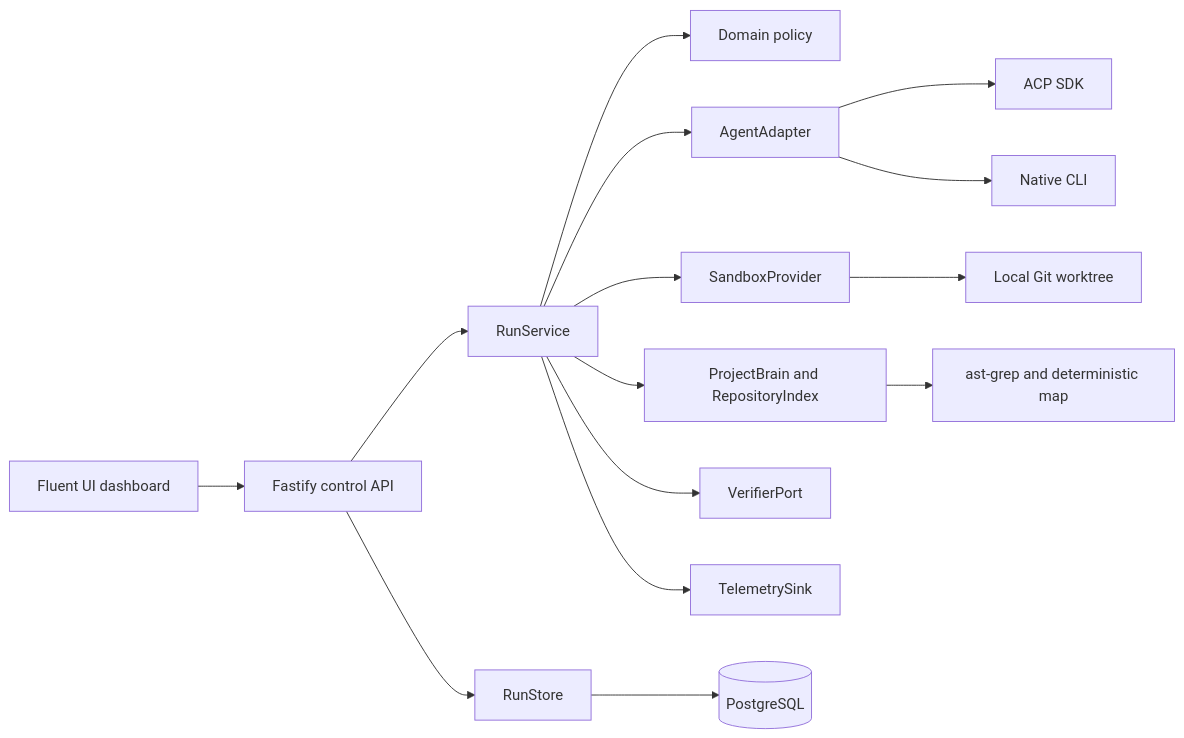
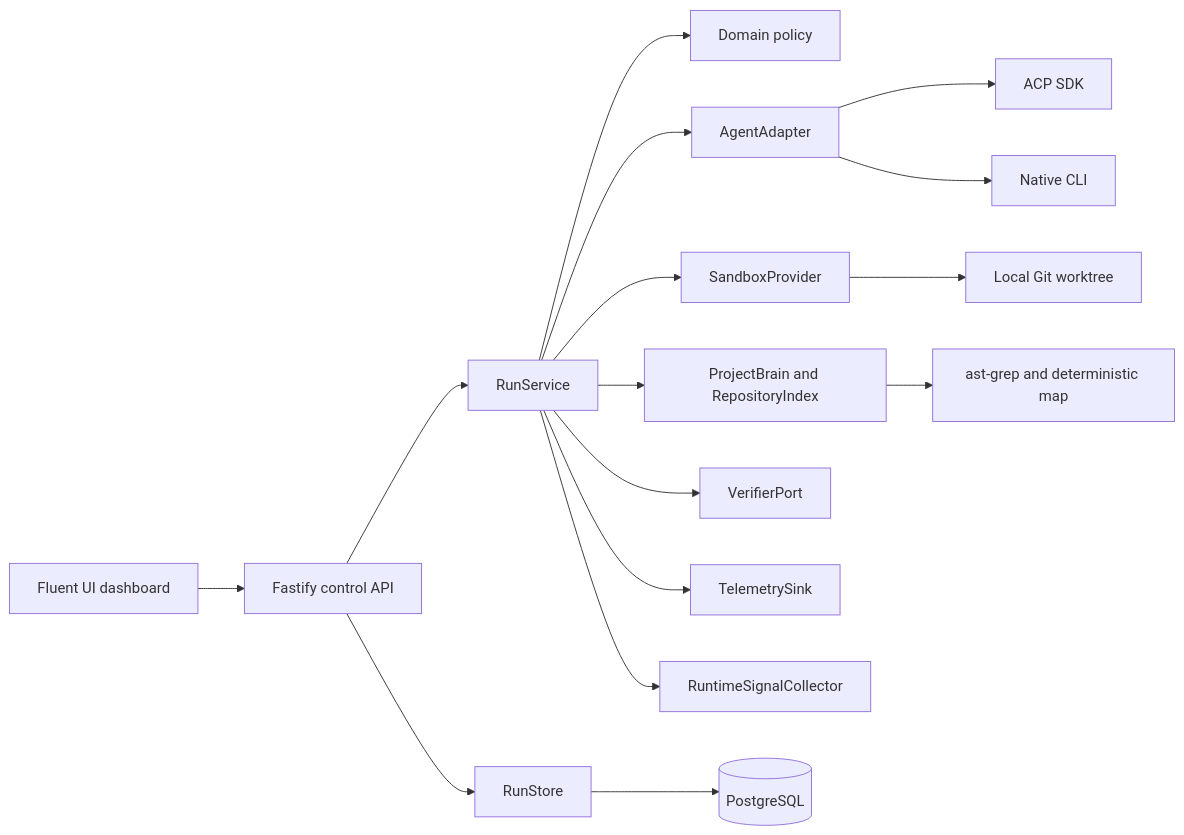
One commit to Duckz289/MAF changed the diagram in ARCHITECTURE.md. Above: the diagram before and after it, drawn with Mermaid. The commit also changed other lines of this file and 8 other files, not shown here.

````diff
--- a/ARCHITECTURE.md
+++ b/ARCHITECTURE.md
@@ -6,17 +6,18 @@
 ```mermaid
 flowchart LR
   API[Fastify control API] --> RUN[RunService]
   UI[Fluent UI dashboard] --> API
   RUN --> CORE[Domain policy]
   RUN --> AGENT[AgentAdapter]
   RUN --> SANDBOX[SandboxProvider]
   RUN --> BRAIN[ProjectBrain and RepositoryIndex]
   RUN --> VERIFY[VerifierPort]
   RUN --> TELEMETRY[TelemetrySink]
+  RUN --> SIGNALS[RuntimeSignalCollector]
   AGENT --> ACP[ACP SDK]
   AGENT --> CLI[Native CLI]
   SANDBOX --> WORKTREE[Local Git worktree]
   BRAIN --> AST[ast-grep and deterministic map]
   API --> STORE[RunStore]
   STORE --> PG[(PostgreSQL)]
 ```
````
